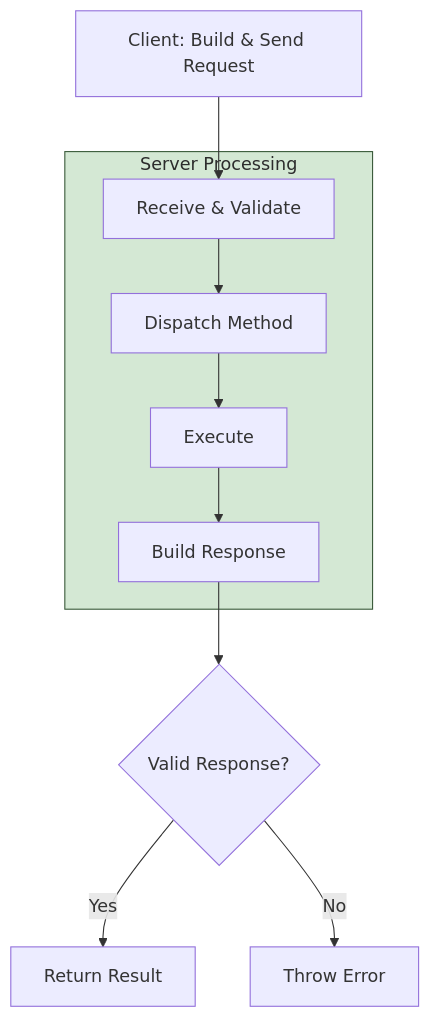
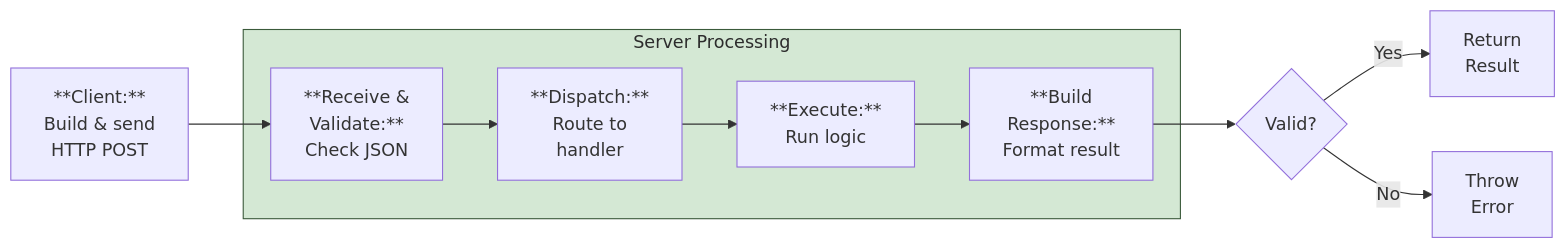
The diagram in book/manuscript/images/diagrams/mmd/chapter-06-json-rpc-diagram-2.mmd (blackwell-systems/blog), drawn with Mermaid before and after one commit. The commit also changed 3 other files, not shown here.

First line of the commit message:
Replace Chapter 6 diagram 2 with horizontal layout

```diff
--- a/book/manuscript/images/diagrams/mmd/chapter-06-json-rpc-diagram-2.mmd
+++ b/book/manuscript/images/diagrams/mmd/chapter-06-json-rpc-diagram-2.mmd
@@ -1,14 +1,18 @@
-flowchart TB
-    client[Client: Build & Send Request]
+flowchart LR
+    client["**Client:**<br/>Build & send<br/>HTTP POST"]
     
     subgraph server["Server Processing"]
-        receive[Receive & Validate] --> dispatch[Dispatch Method]
-        dispatch --> execute[Execute] --> respond[Build Response]
+        receive["**Receive &<br/>Validate:**<br/>Check JSON"]
+        dispatch["**Dispatch:**<br/>Route to<br/>handler"]
+        execute["**Execute:**<br/>Run logic"]
+        respond["**Build<br/>Response:**<br/>Format result"]
+        
+        receive --> dispatch --> execute --> respond
     end
     
     client --> receive
-    respond --> result{Valid Response?}
-    result -->|Yes| success[Return Result]
-    result -->|No| error[Throw Error]
+    respond --> result{Valid?}
+    result -->|Yes| success[Return<br/>Result]
+    result -->|No| error[Throw<br/>Error]
     
     style server fill:#D4E8D4,stroke:#3a5a3a,color:#2c2c2c
```
